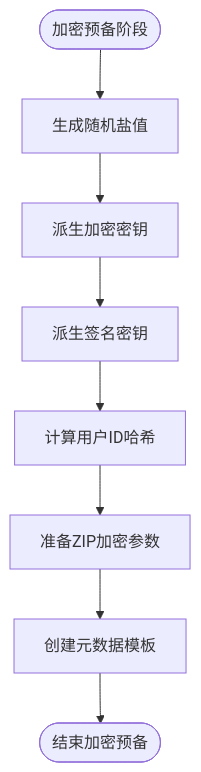
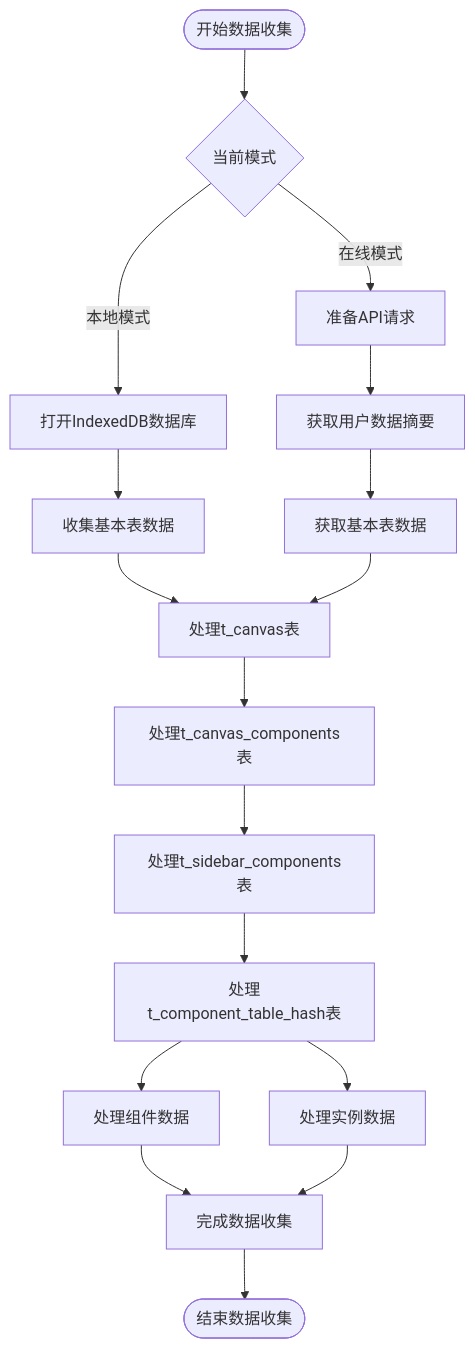
The diagram in all/未命名-52.md (yingjianzh/iodraw-files), drawn with Mermaid before and after one commit.

Commit message:
2025-05-09 14:37:15 update

````diff
--- a/all/未命名-52.md
+++ b/all/未命名-52.md
@@ -1,13 +1,26 @@
 ```mermaid
 flowchart TD
-    Start([加密预备阶段]) --> GenerateSalt[生成随机盐值]
-    GenerateSalt --> DeriveEncryptionKey[派生加密密钥]
+    Start([开始数据收集]) --> CheckMode{当前模式}
     
-    DeriveEncryptionKey --> CreateSigningKey[派生签名密钥]
-    CreateSigningKey --> HashUserID[计算用户ID哈希]
+    CheckMode -->|本地模式| OpenIndexedDB[打开IndexedDB数据库]
+    CheckMode -->|在线模式| PrepareAPIRequests[准备API请求]
     
-    HashUserID --> PrepareZipEncryption[准备ZIP加密参数]
-    PrepareZipEncryption --> CreateMetadataTemplate[创建元数据模板]
+    OpenIndexedDB --> CollectBasicTables[收集基本表数据]
+    PrepareAPIRequests --> FetchUserDataSummary[获取用户数据摘要]
+    FetchUserDataSummary --> FetchBasicTables[获取基本表数据]
     
-    CreateMetadataTemplate --> End([结束加密预备])
+    CollectBasicTables --> ProcessCanvas[处理t_canvas表]
+    FetchBasicTables --> ProcessCanvas
+    
+    ProcessCanvas --> ProcessCanvasComponents[处理t_canvas_components表]
+    ProcessCanvasComponents --> ProcessSidebarComponents[处理t_sidebar_components表]
+    ProcessSidebarComponents --> ProcessHashTables[处理t_component_table_hash表]
+    
+    ProcessHashTables --> ProcessComponentData[处理组件数据]
+    ProcessHashTables --> ProcessInstanceData[处理实例数据]
+    
+    ProcessComponentData --> CompleteDataCollection[完成数据收集]
+    ProcessInstanceData --> CompleteDataCollection
+    
+    CompleteDataCollection --> End([结束数据收集])
 ```
````
